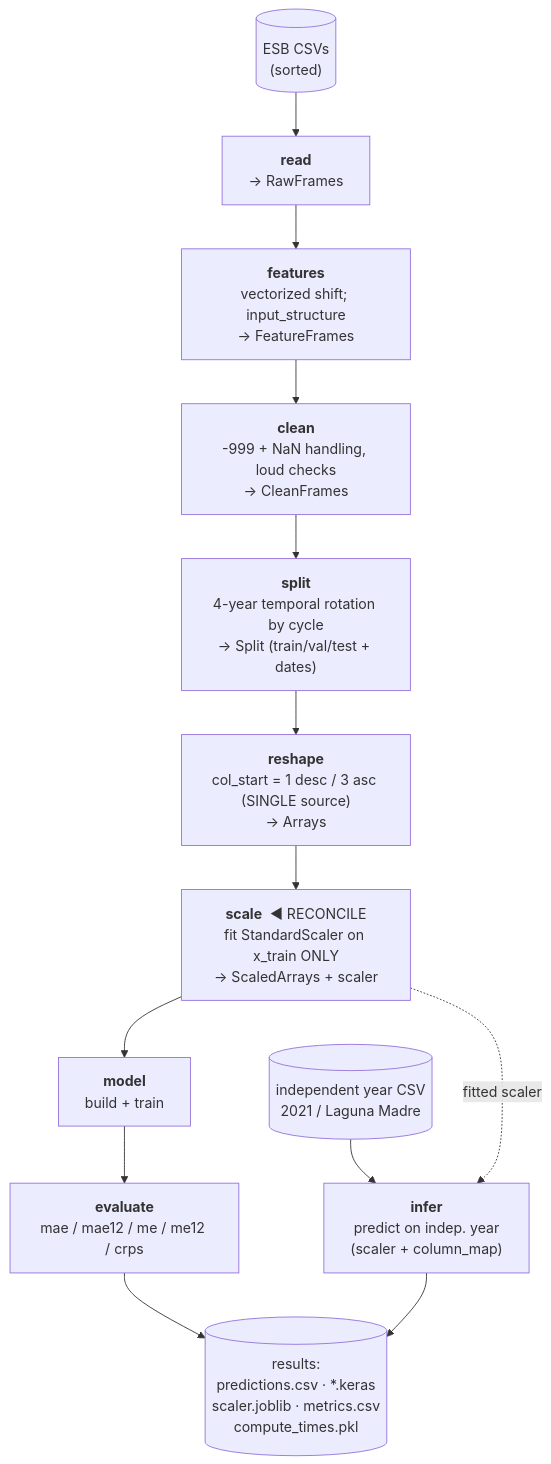
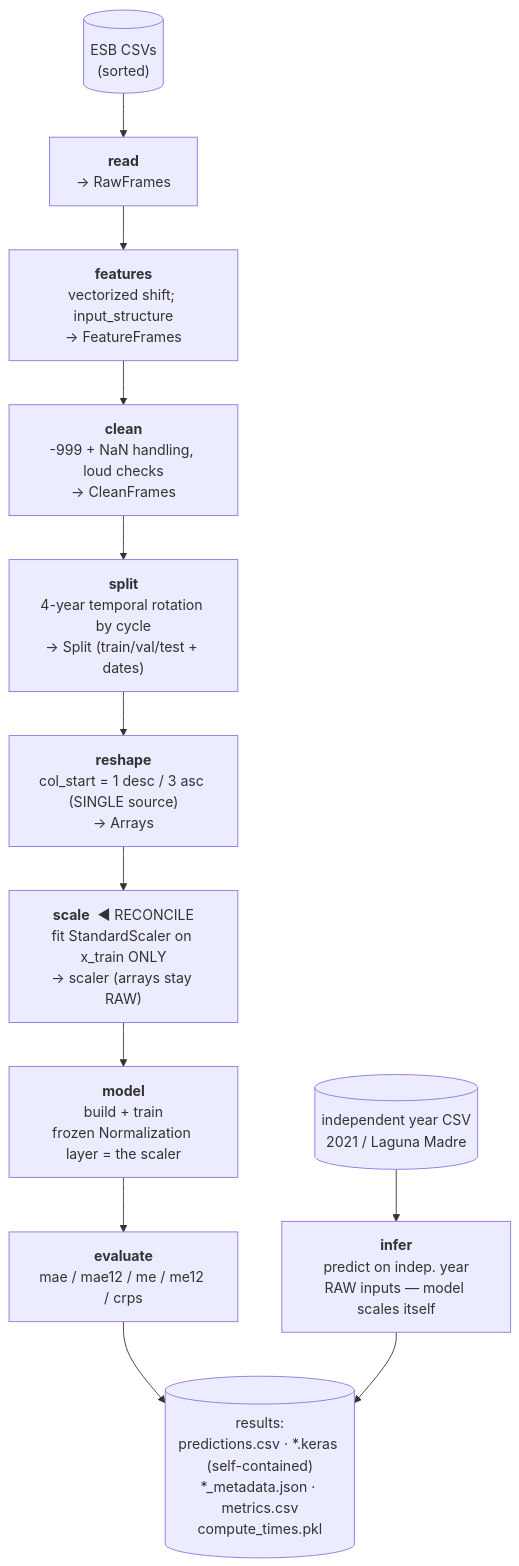
One commit to conrad-blucher-institute/UQ4ML_WaterTemp changed the second of 3 diagrams in docs/ESB_PIPELINE_DESIGN.md. Above: the diagram before and after it, drawn with Mermaid. The commit also changed other lines of this file and 24 other files, not shown here.

````diff
--- a/docs/ESB_PIPELINE_DESIGN.md
+++ b/docs/ESB_PIPELINE_DESIGN.md
@@ -67,18 +67,17 @@
 ```mermaid
 flowchart TB
   csv[("ESB CSVs<br/>(sorted)")] --> read
   read["<b>read</b><br/>→ RawFrames"] --> features
   features["<b>features</b><br/>vectorized shift; input_structure<br/>→ FeatureFrames"] --> clean
   clean["<b>clean</b><br/>-999 + NaN handling, loud checks<br/>→ CleanFrames"] --> split
   split["<b>split</b><br/>4-year temporal rotation by cycle<br/>→ Split (train/val/test + dates)"] --> reshape
   reshape["<b>reshape</b><br/>col_start = 1 desc / 3 asc (SINGLE source)<br/>→ Arrays"] --> scale
-  scale["<b>scale</b> &nbsp;◀ RECONCILE<br/>fit StandardScaler on x_train ONLY<br/>→ ScaledArrays + scaler"] --> model
-  model["<b>model</b><br/>build + train"] --> evaluate
+  scale["<b>scale</b> &nbsp;◀ RECONCILE<br/>fit StandardScaler on x_train ONLY<br/>→ scaler (arrays stay RAW)"] --> model
+  model["<b>model</b><br/>build + train<br/>frozen Normalization layer = the scaler"] --> evaluate
   evaluate["<b>evaluate</b><br/>mae / mae12 / me / me12 / crps"] --> out
 
   indep[("independent year CSV<br/>2021 / Laguna Madre")] --> infer
-  scale -.->|"fitted scaler"| infer
-  infer["<b>infer</b><br/>predict on indep. year<br/>(scaler + column_map)"] --> out
+  infer["<b>infer</b><br/>predict on indep. year<br/>RAW inputs — model scales itself"] --> out
 
-  out[("results:<br/>predictions.csv · *.keras<br/>scaler.joblib · metrics.csv<br/>compute_times.pkl")]
+  out[("results:<br/>predictions.csv · *.keras (self-contained)<br/>*_metadata.json · metrics.csv<br/>compute_times.pkl")]
 ```
````
